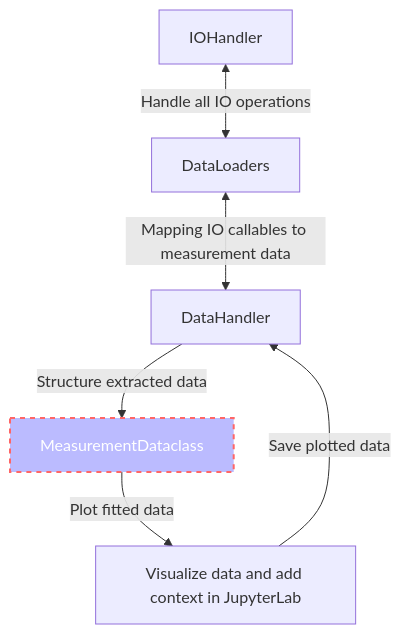
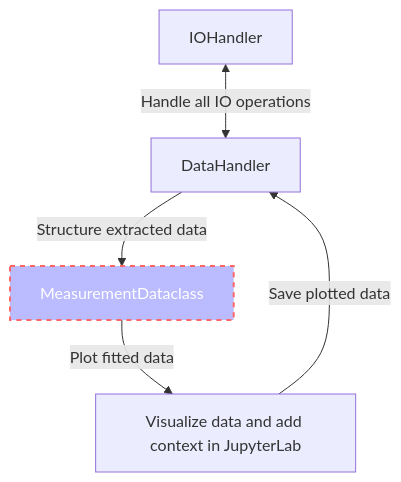
One commit to dineshpinto/qudi-hira-analysis changed the first of 2 diagrams in README.md. Above: the diagram before and after it, drawn with Mermaid. The commit also changed other lines of this file and 3 other files, not shown here.

````diff
--- a/README.md
+++ b/README.md
@@ -34,9 +34,8 @@
 ```mermaid
 flowchart TD;
-    IOHandler<-- Handle all IO operations -->DataLoaders;
-    DataLoaders<-- Mapping IO callables to measurement data -->DataHandler;
+    IOHandler<-- Handle all IO operations -->DataHandler;
     DataHandler-- Structure extracted data -->MeasurementDataclass;
     MeasurementDataclass-- Plot fitted data --> Plot[Visualize data and add context in JupyterLab];
     Plot-- Save plotted data --> DataHandler;
     style MeasurementDataclass fill:#bbf,stroke:#f66,stroke-width:2px,color:#fff,stroke-dasharray: 5 5
 ```
````
